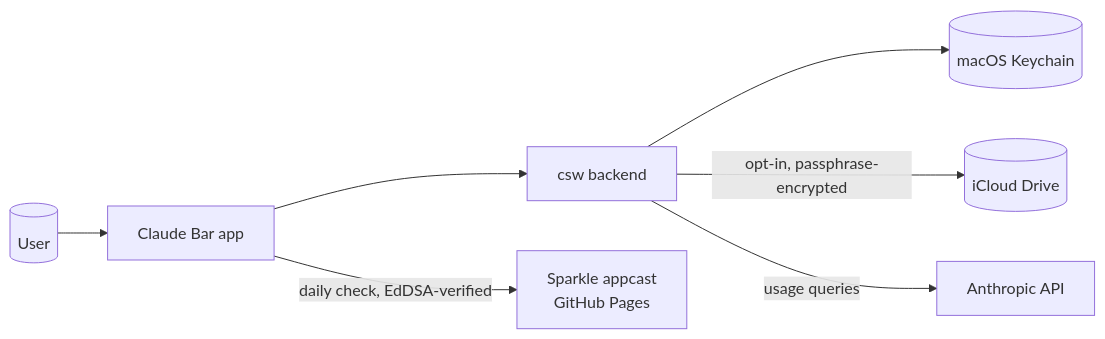
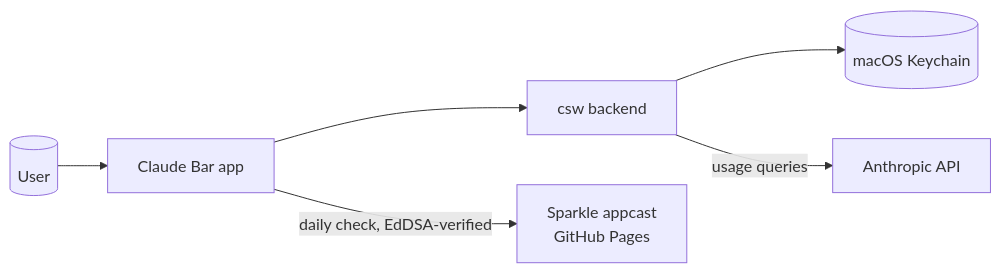
Before and after one commit to ncthanhngo/claude-bar: the diagram in SECURITY.md, drawn with Mermaid. The commit also changed other lines of this file and 47 other files, not shown here.

````diff
--- a/SECURITY.md
+++ b/SECURITY.md
@@ -34,17 +33,15 @@
 ```mermaid
 flowchart LR
     User[(User)]
     App[Claude Bar app]
     Backend[csw backend]
     Keychain[(macOS Keychain)]
-    iCloud[(iCloud Drive)]
     Anthropic[Anthropic API]
     Sparkle[Sparkle appcast<br/>GitHub Pages]
 
     User --> App
     App --> Backend
     Backend --> Keychain
-    Backend -- opt-in, passphrase-encrypted --> iCloud
     Backend -- usage queries --> Anthropic
     App -- daily check, EdDSA-verified --> Sparkle
 ```
````
